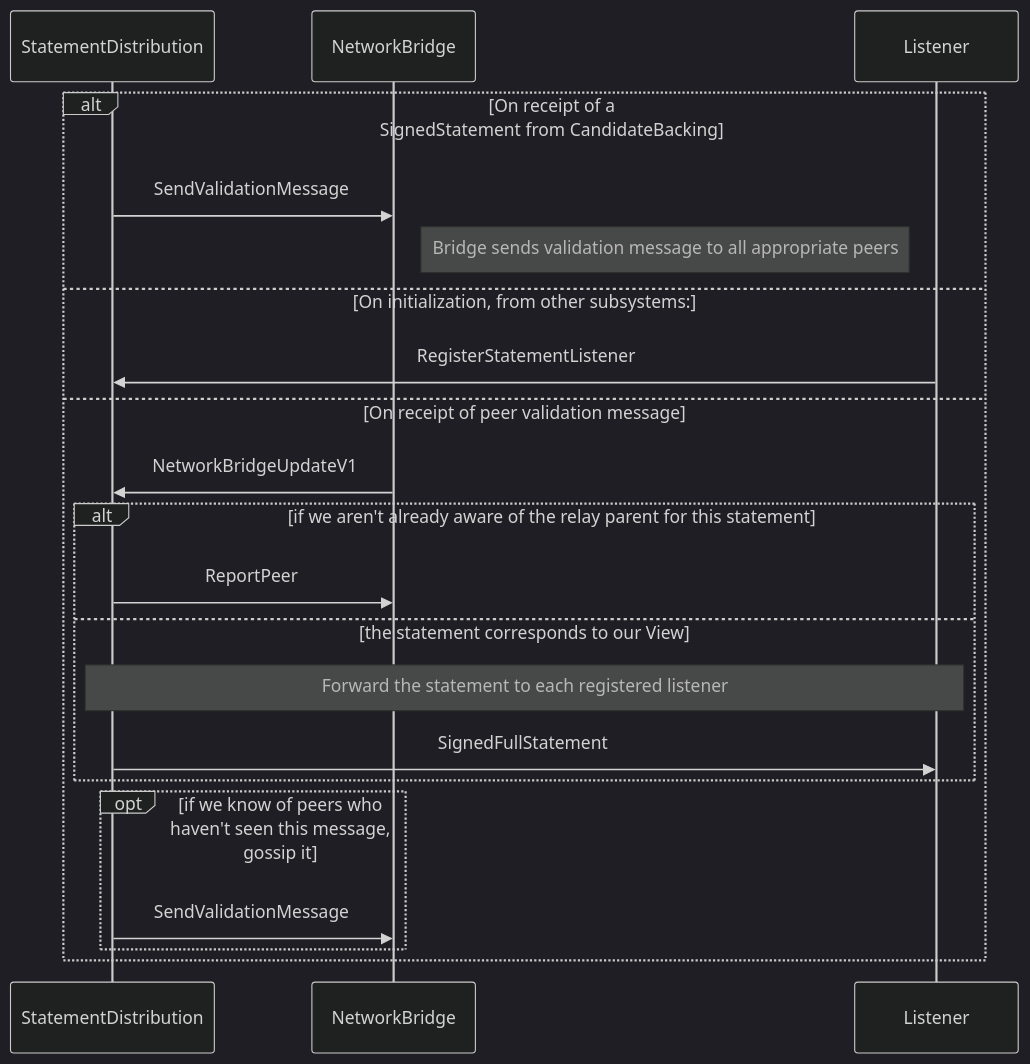
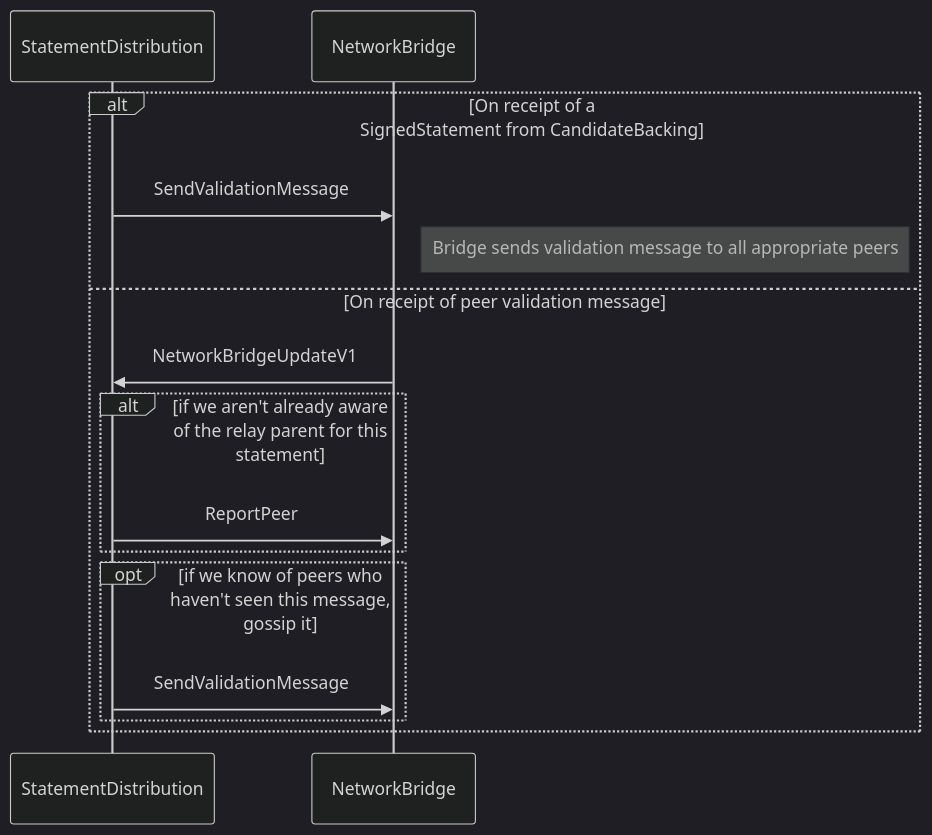
The fifth of 10 diagrams in roadmap/implementers-guide/src/node/subsystems-and-jobs.md (paritytech/polkadot), drawn with Mermaid (dark theme) before and after one commit. The commit also changed 17 other files, not shown here.

````diff
--- a/roadmap/implementers-guide/src/node/subsystems-and-jobs.md
+++ b/roadmap/implementers-guide/src/node/subsystems-and-jobs.md
@@ -256,30 +256,24 @@
 ```mermaid
 sequenceDiagram
     participant SD as StatementDistribution
     participant NB as NetworkBridge
-    participant Listener
 
     alt On receipt of a<br/>SignedStatement from CandidateBacking
         % fn circulate_statement_and_dependents
         SD ->> NB: SendValidationMessage
 
         Note right of NB: Bridge sends validation message to all appropriate peers
-    else On initialization, from other subsystems:
-        Listener ->> SD: RegisterStatementListener
     else On receipt of peer validation message
         NB ->> SD: NetworkBridgeUpdateV1
 
         % fn handle_incoming_message
         alt if we aren't already aware of the relay parent for this statement
             SD ->> NB: ReportPeer
-        else the statement corresponds to our View
-            Note over SD,Listener: Forward the statement to each registered listener
-            SD ->> Listener: SignedFullStatement
         end
 
         % fn circulate_statement
         opt if we know of peers who haven't seen this message, gossip it
             SD ->> NB: SendValidationMessage
         end
     end
 ```
````
